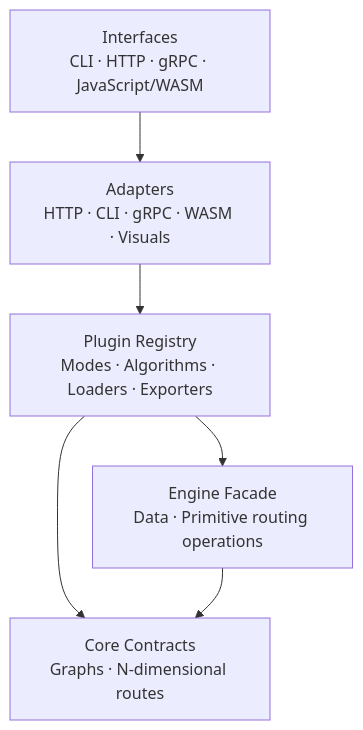
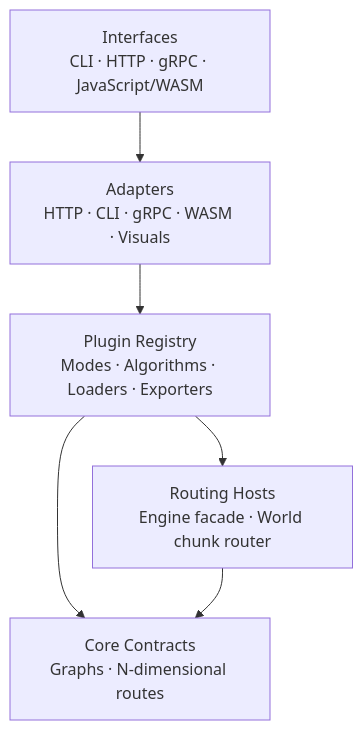
The diagram in docs/architecture/overview.md (danielscoffee/pathcraft), drawn with Mermaid before and after one commit. The commit also changed other lines of this file and 8 other files, not shown here.

Commit message:
docs: document worldwide graph chunks

````diff
--- a/docs/architecture/overview.md
+++ b/docs/architecture/overview.md
@@ -41,20 +41,20 @@
 ```mermaid
 flowchart TB
     %% Layers
     Interfaces["Interfaces<br/>CLI · HTTP · gRPC · JavaScript/WASM"]
 
     Plugins["Plugin Registry<br/>Modes · Algorithms · Loaders · Exporters"]
 
-    Engine["Engine Facade<br/>Data · Primitive routing operations"]
+    Engine["Routing Hosts<br/>Engine facade · World chunk router"]
 
     Core["Core Contracts<br/>Graphs · N-dimensional routes"]
 
     Adapters["Adapters<br/>HTTP · CLI · gRPC · WASM · Visuals"]
 
     %% Dependency flow (top-down usage, bottom-up dependencies)
     Interfaces --> Adapters
     Adapters --> Plugins
     Plugins --> Engine
     Plugins --> Core
     Engine --> Core
 ```
````
